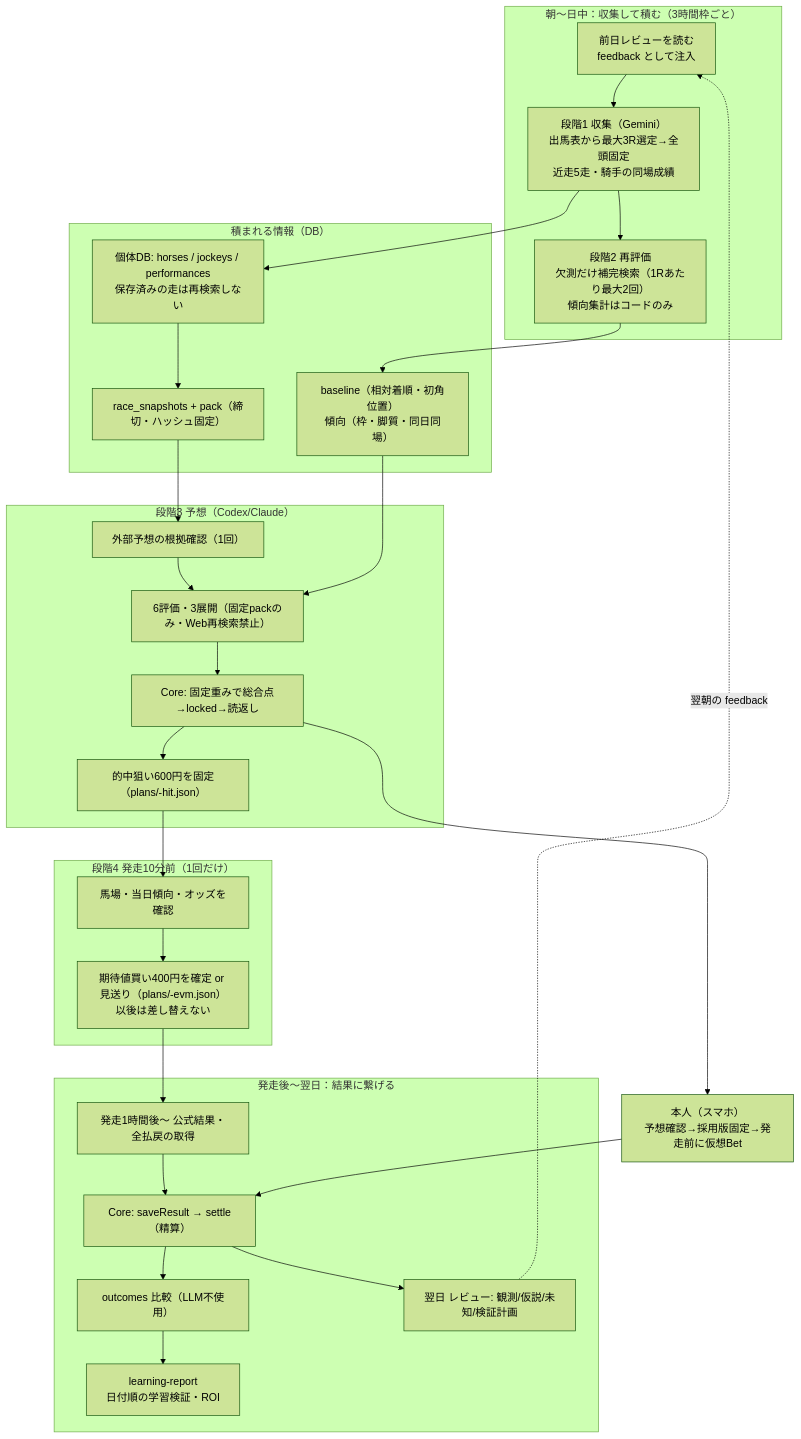
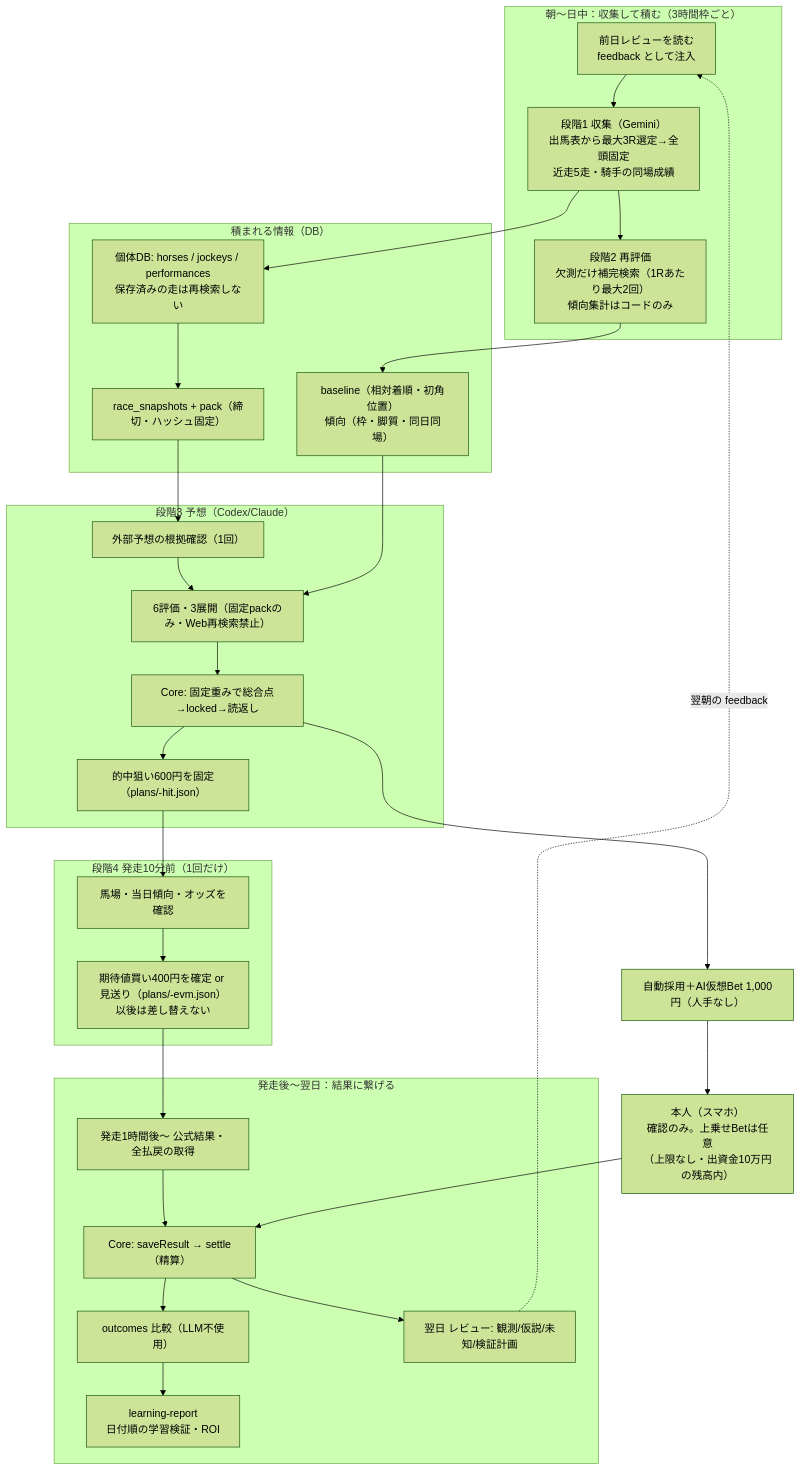
One commit to Soso2e/TurfLab changed the second of 3 diagrams in docs/daily-flow.md. Above: the diagram before and after it, drawn with Mermaid (forest theme). The commit also changed other lines of this file and 17 other files, not shown here.

````diff
--- a/docs/daily-flow.md
+++ b/docs/daily-flow.md
@@ -52,52 +53,53 @@
 ```mermaid
 flowchart TD
   subgraph MORNING["朝〜日中：収集して積む（3時間枠ごと）"]
     M0["前日レビューを読む<br/>feedback として注入"]
     S1["段階1 収集（Gemini）<br/>出馬表から最大3R選定→全頭固定<br/>近走5走・騎手の同場成績"]
     S2["段階2 再評価<br/>欠測だけ補完検索（1Rあたり最大2回）<br/>傾向集計はコードのみ"]
     M0 --> S1 --> S2
   end
 
   subgraph STACK["積まれる情報（DB）"]
     K1["個体DB: horses / jockeys / performances<br/>保存済みの走は再検索しない"]
     K2["race_snapshots + pack（締切・ハッシュ固定）"]
     K3["baseline（相対着順・初角位置）<br/>傾向（枠・脚質・同日同場）"]
   end
 
   S1 --> K1 --> K2
   S2 --> K3
 
   subgraph PRED["段階3 予想（Codex/Claude）"]
     X1["外部予想の根拠確認（1回）"]
     X2["6評価・3展開（固定packのみ・Web再検索禁止）"]
     X3["Core: 固定重みで総合点→locked→読返し"]
     X4["的中狙い600円を固定（plans/-hit.json）"]
     X1 --> X2 --> X3 --> X4
   end
 
   K2 --> X1
   K3 --> X2
 
   subgraph PRE["段階4 発走10分前（1回だけ）"]
     P1["馬場・当日傾向・オッズを確認"]
     P2["期待値買い400円を確定 or 見送り（plans/-evm.json）<br/>以後は差し替えない"]
     P1 --> P2
   end
 
   X4 --> P1
-  X3 --> U["本人（スマホ）<br/>予想確認→採用版固定→発走前に仮想Bet"]
+  X3 --> A["自動採用＋AI仮想Bet 1,000円（人手なし）"]
+  A --> U["本人（スマホ）<br/>確認のみ。上乗せBetは任意<br/>（上限なし・出資金10万円の残高内）"]
 
   subgraph AFTER["発走後〜翌日：結果に繋げる"]
     R1["発走1時間後〜 公式結果・全払戻の取得"]
     R2["Core: saveResult → settle（精算）"]
     R3["outcomes 比較（LLM不使用）"]
     R4["翌日 レビュー: 観測/仮説/未知/検証計画"]
     R5["learning-report<br/>日付順の学習検証・ROI"]
     R1 --> R2 --> R3 --> R5
     R2 --> R4
   end
 
   P2 --> R1
   U --> R2
   R4 -.翌朝の feedback.-> M0
 ```
````
